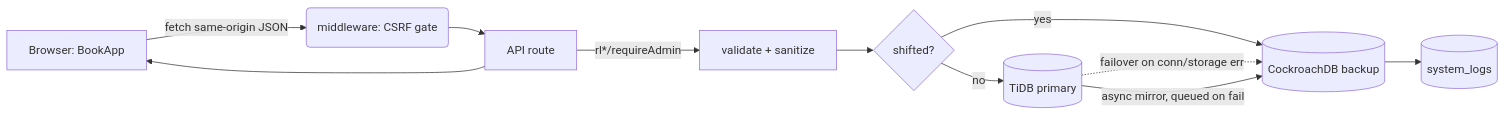
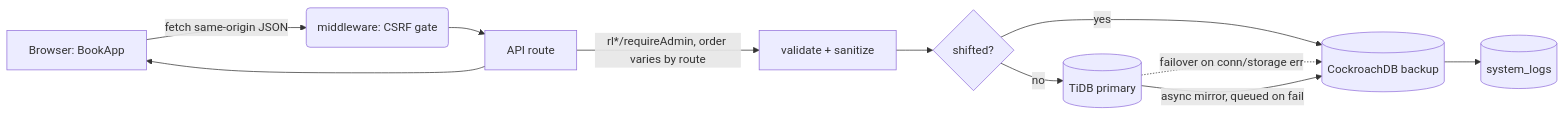
The first of 2 diagrams in HIGH_LEVEL_FLOW.md (vap-27/libris-note), drawn with Mermaid before and after one commit. The commit also changed other lines of this file and 1 other file, not shown here.

````diff
--- a/HIGH_LEVEL_FLOW.md
+++ b/HIGH_LEVEL_FLOW.md
@@ -38,13 +38,13 @@
 ```mermaid
 flowchart LR
     U[Browser: BookApp] -->|fetch same-origin JSON| M(middleware: CSRF gate)
     M --> R[API route]
-    R -->|rl*/requireAdmin| V[validate + sanitize]
+    R -->|rl*/requireAdmin, order varies by route| V[validate + sanitize]
     V --> E{shifted?}
     E -->|no| T[(TiDB primary)]
     E -->|yes| C[(CockroachDB backup)]
     T -.->|failover on conn/storage err| C
     T -->|async mirror, queued on fail| C
     C --> L[(system_logs)]
     R --> U
 ```
````
